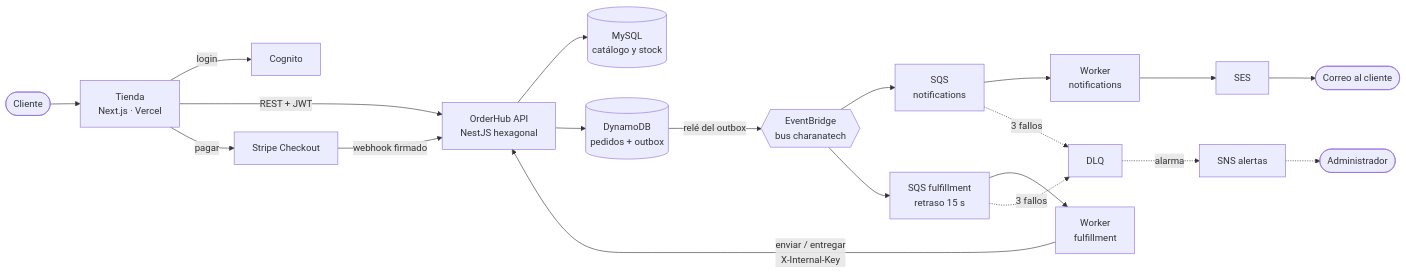
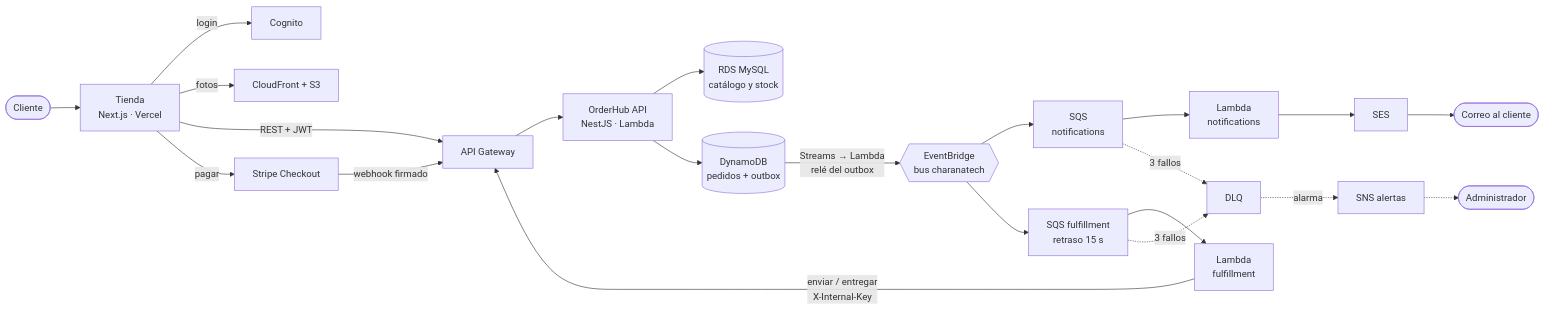
Before and after one commit to isnayder-charana/charana-ecommerce: the first of 2 diagrams in README.md, drawn with Mermaid. The commit also changed other lines of this file and 2 other files, not shown here.

````diff
--- a/README.md
+++ b/README.md
@@ -21,20 +56,21 @@
 ```mermaid
 flowchart LR
   cliente([Cliente]) --> web["Tienda<br/>Next.js · Vercel"]
   web -- "login" --> cognito[Cognito]
-  web -- "REST + JWT" --> api["OrderHub API<br/>NestJS hexagonal"]
+  web -- "fotos" --> cdn["CloudFront + S3"]
+  web -- "REST + JWT" --> apigw["API Gateway"] --> api["OrderHub API<br/>NestJS · Lambda"]
   web -- "pagar" --> stripe[Stripe Checkout]
-  stripe -- "webhook firmado" --> api
-  api --> mysql[("MySQL<br/>catálogo y stock")]
+  stripe -- "webhook firmado" --> apigw
+  api --> mysql[("RDS MySQL<br/>catálogo y stock")]
   api --> dynamo[("DynamoDB<br/>pedidos + outbox")]
-  dynamo -- "relé del outbox" --> bus{{"EventBridge<br/>bus charanatech"}}
+  dynamo -- "Streams → Lambda<br/>relé del outbox" --> bus{{"EventBridge<br/>bus charanatech"}}
   bus --> qn["SQS<br/>notifications"]
   bus --> qf["SQS fulfillment<br/>retraso 15 s"]
-  qn --> wn["Worker<br/>notifications"]
-  qf --> wf["Worker<br/>fulfillment"]
+  qn --> wn["Lambda<br/>notifications"]
+  qf --> wf["Lambda<br/>fulfillment"]
   wn --> ses[SES] --> correo([Correo al cliente])
-  wf -- "enviar / entregar<br/>X-Internal-Key" --> api
+  wf -- "enviar / entregar<br/>X-Internal-Key" --> apigw
   qn -. "3 fallos" .-> dlq["DLQ"]
   qf -. "3 fallos" .-> dlq
   dlq -. "alarma" .-> sns[SNS alertas] -.-> admin([Administrador])
 ```
````
